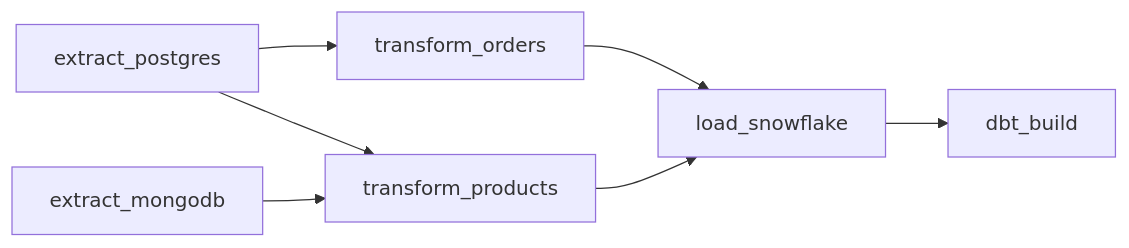
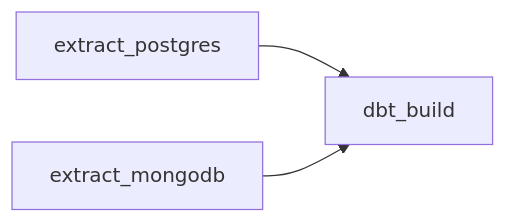
One commit to helqadiri03/AI-Powered-Data-Platform changed the diagram in docs/airflow.md. Above: the diagram before and after it, drawn with Mermaid. The commit also changed other lines of this file and 31 other files, not shown here.

First line of the commit message:
refactor: migrate pipeline architecture from ETL to pure ELT

````diff
--- a/docs/airflow.md
+++ b/docs/airflow.md
@@ -11,11 +11,5 @@
 ```mermaid
 graph LR
-    EP[extract_postgres] --> TO[transform_orders]
-    EP --> TP[transform_products]
-    EM[extract_mongodb] --> TP
-    
-    TO --> LS[load_snowflake]
-    TP --> LS
-    
-    LS --> DBT[dbt_build]
+    EP[extract_postgres] --> DBT[dbt_build]
+    EM[extract_mongodb]  --> DBT
 ```
````
